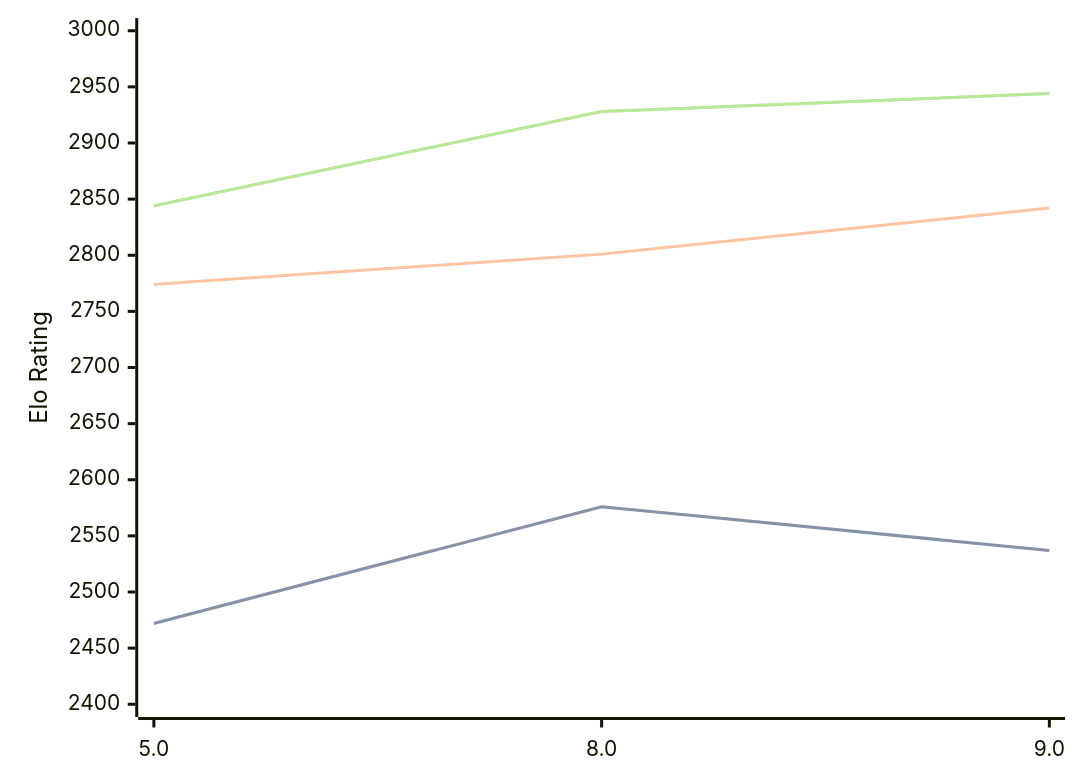
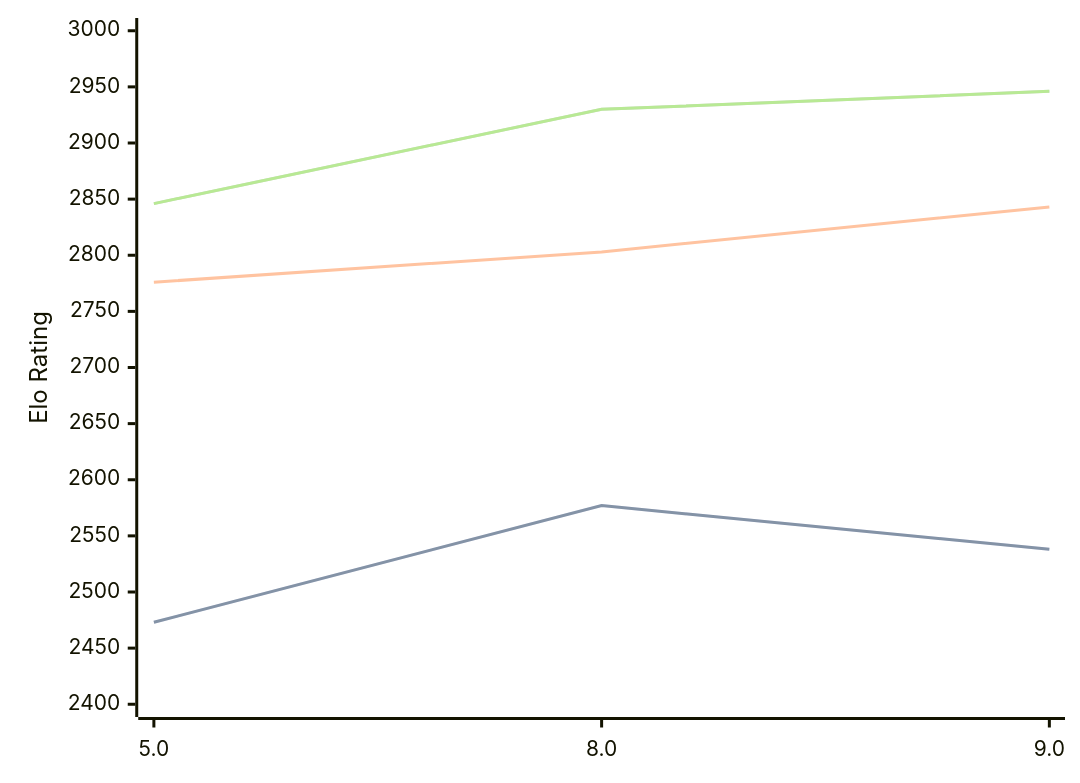
The diagram in engines/4kc.md (computer-chess-index/cci), drawn with Mermaid before and after one commit. The commit also changed other lines of this file, not shown here.

Commit message:
Update CCI Ratings (ELO VLTC) - 2026-06-11

````diff
--- a/engines/4kc.md
+++ b/engines/4kc.md
@@ -42,11 +42,11 @@
 ```mermaid
 %%{init: {"theme":"base","themeVariables":{"seriesColors:['#a3a3a3','#222221','#faa371']}}}%%
 xychart-beta
   x-axis ["5.0", "8.0", "9.0"]
   y-axis "Elo Rating" 2400 --> 3000
-  line "STC (8.0+0.08s)" [2472, 2576, 2537]
-  line "STC (8.0+0.08s)" [2472, 2576, 2537]
-  line "LTC (60.0+0.60s)" [2774, 2801, 2842]
-  line "VLTC (2m24s+1.12s)" [2844, 2928, 2944]
-  line "VLTC (2m24s+1.12s)" [2844, 2928, 2944]
+  line "STC (8.0+0.08s)" [2473, 2577, 2538]
+  line "STC (8.0+0.08s)" [2473, 2577, 2538]
+  line "LTC (60.0+0.60s)" [2776, 2803, 2843]
+  line "VLTC (2m24s+1.12s)" [2846, 2930, 2946]
+  line "VLTC (2m24s+1.12s)" [2846, 2930, 2946]
 ```
````
